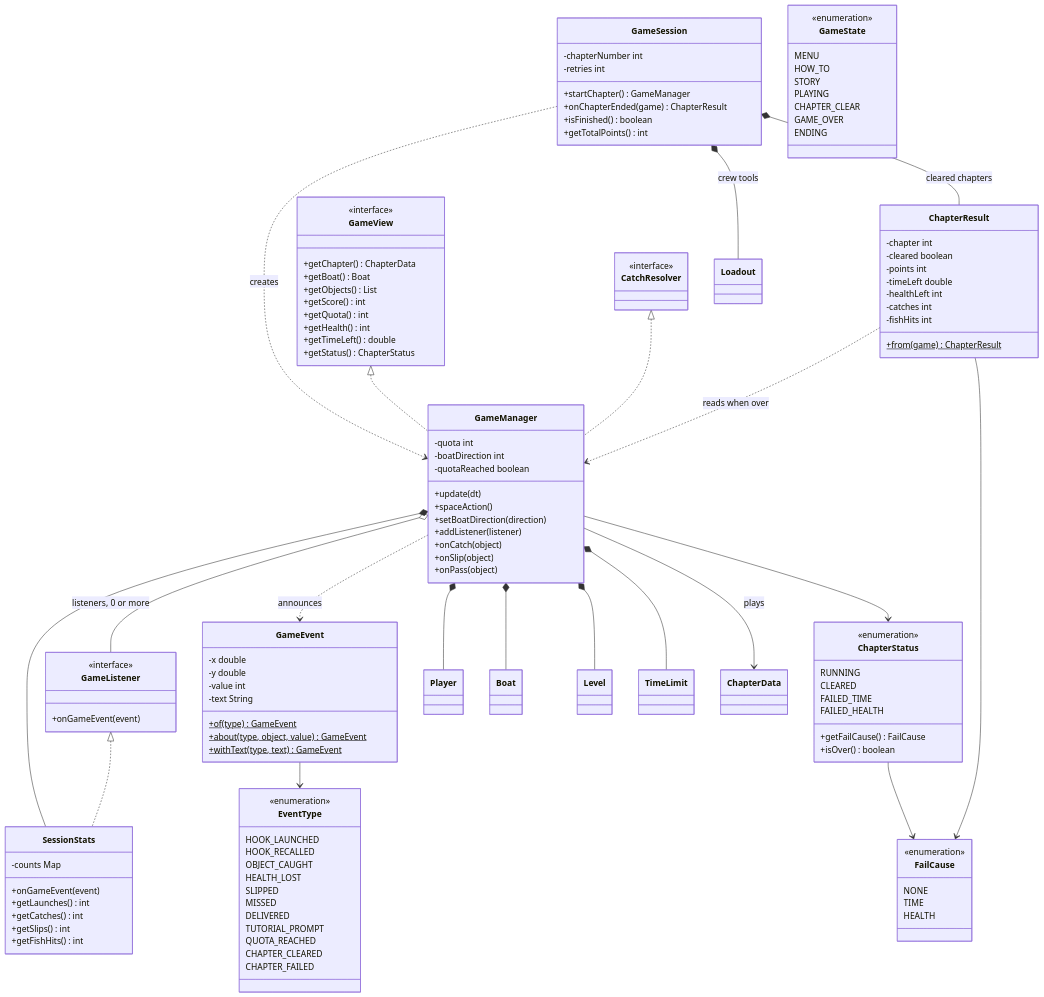
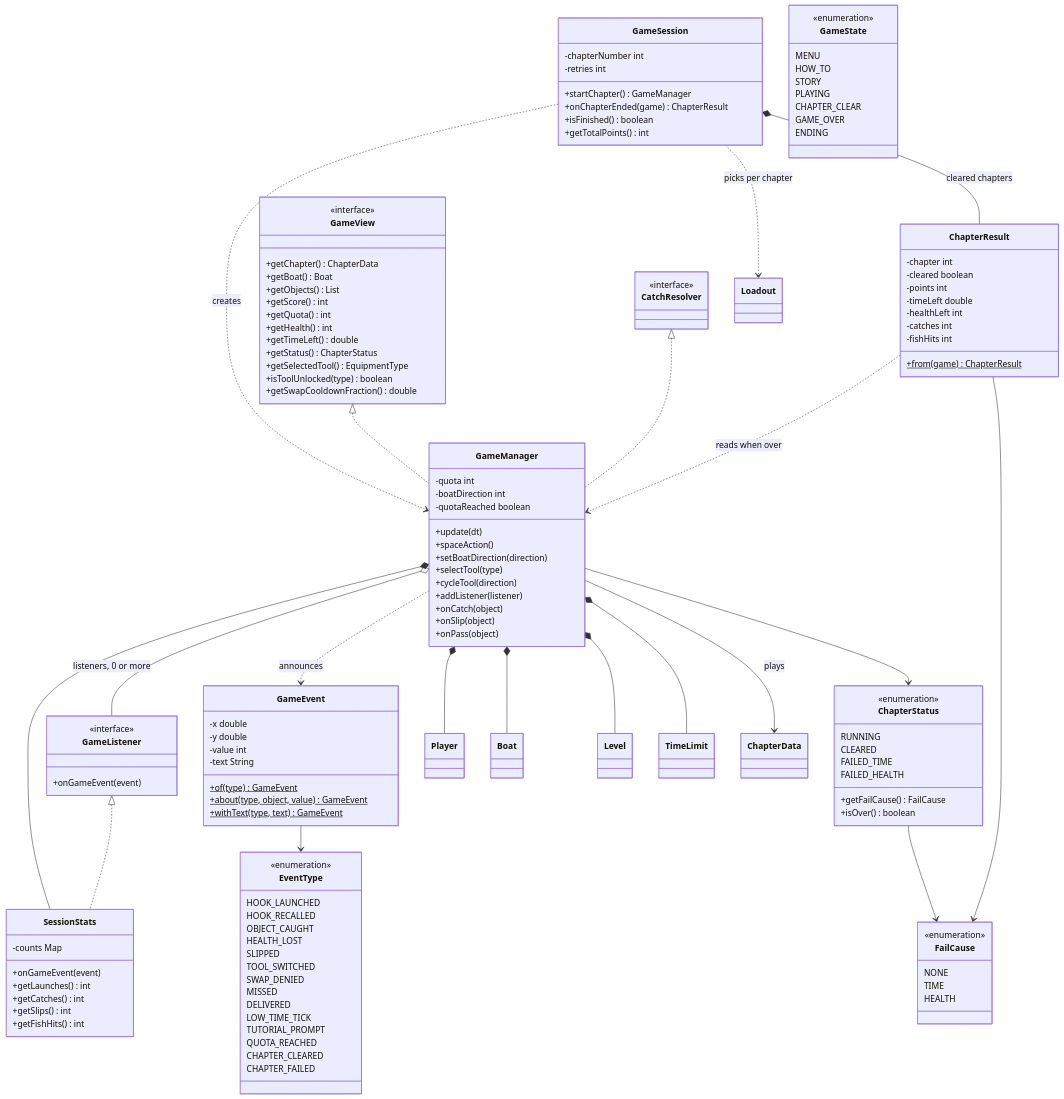
One commit to NJJAV33/Fish2trash changed the fourth of 6 diagrams in docs/class-diagram.md. Above: the diagram before and after it, drawn with Mermaid. The commit also changed other lines of this file and 27 other files, not shown here.

```diff
--- a/docs/class-diagram.md
+++ b/docs/class-diagram.md
@@ -319,6 +357,8 @@
         +update(dt)
         +spaceAction()
         +setBoatDirection(direction)
+        +selectTool(type)
+        +cycleTool(direction)
         +addListener(listener)
         +onCatch(object)
         +onSlip(object)
@@ -335,6 +375,9 @@
         +getHealth() int
         +getTimeLeft() double
         +getStatus() ChapterStatus
+        +getSelectedTool() EquipmentType
+        +isToolUnlocked(type) boolean
+        +getSwapCooldownFraction() double
     }
 
     class CatchResolver {
@@ -372,8 +415,11 @@
         OBJECT_CAUGHT
         HEALTH_LOST
         SLIPPED
+        TOOL_SWITCHED
+        SWAP_DENIED
         MISSED
         DELIVERED
+        LOW_TIME_TICK
         TUTORIAL_PROMPT
         QUOTA_REACHED
         CHAPTER_CLEARED
@@ -428,7 +474,7 @@
 
     GameSession ..> GameManager : creates
     GameSession *-- ChapterResult : cleared chapters
-    GameSession *-- Loadout : crew tools
+    GameSession ..> Loadout : picks per chapter
     GameView <|.. GameManager
     CatchResolver <|.. GameManager
     GameManager *-- Player
```
